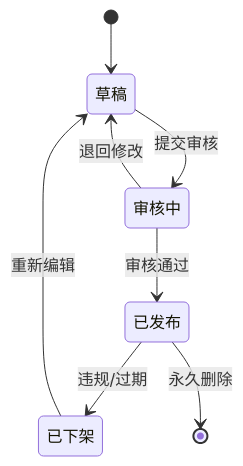
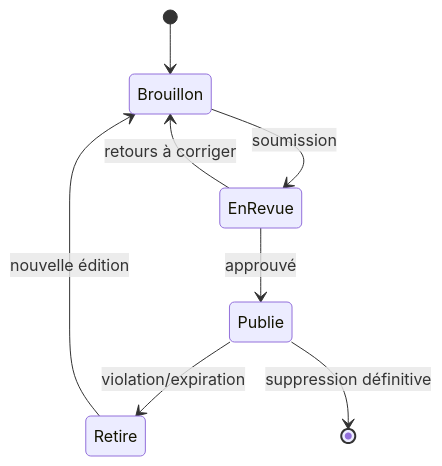
Before and after one commit to bigleon2/KNOWLEDGE: the ninth of 15 diagrams in skills/PM skills/charts/references/mermaid.md, drawn with Mermaid. The commit also changed other lines of this file and 35 other files, not shown here.

````diff
--- a/skills/PM skills/charts/references/mermaid.md
+++ b/skills/PM skills/charts/references/mermaid.md
@@ -653,10 +653,10 @@
 ```mermaid
 stateDiagram-v2
-    [*] --> 草稿
-    草稿 --> 审核中 : 提交审核
-    审核中 --> 已发布 : 审核通过
-    审核中 --> 草稿 : 退回修改
-    已发布 --> 已下架 : 违规/过期
-    已下架 --> 草稿 : 重新编辑
-    已发布 --> [*] : 永久删除
+    [*] --> Brouillon
+    Brouillon --> EnRevue : soumission
+    EnRevue --> Publie : approuvé
+    EnRevue --> Brouillon : retours à corriger
+    Publie --> Retire : violation/expiration
+    Retire --> Brouillon : nouvelle édition
+    Publie --> [*] : suppression définitive
 ```
````
